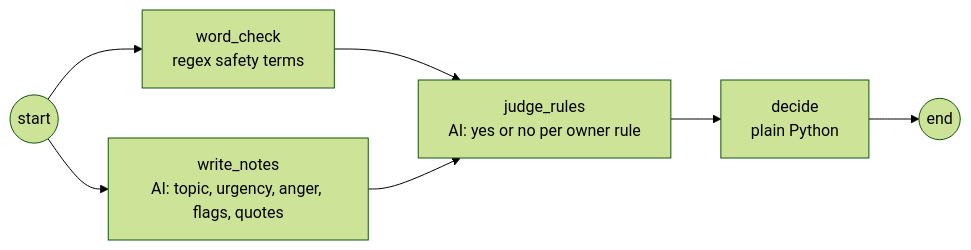
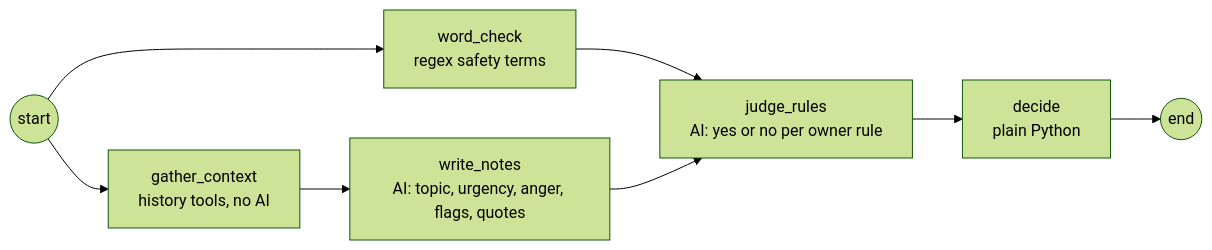
Before and after one commit to himanshu634/Herald: the second of 2 diagrams in docs/architecture.md, drawn with Mermaid (forest theme). The commit also changed other lines of this file and 3 other files, not shown here.

````diff
--- a/docs/architecture.md
+++ b/docs/architecture.md
@@ -43,9 +43,10 @@
 ```mermaid
 flowchart LR
     S((start)) --> WC[word_check<br/>regex safety terms]
-    S --> N[write_notes<br/>AI: topic, urgency, anger, flags, quotes]
+    S --> G[gather_context<br/>history tools, no AI]
+    G --> N[write_notes<br/>AI: topic, urgency, anger, flags, quotes]
     WC --> R[judge_rules<br/>AI: yes or no per owner rule]
     N --> R
     R --> D[decide<br/>plain Python]
     D --> E((end))
 ```
````
